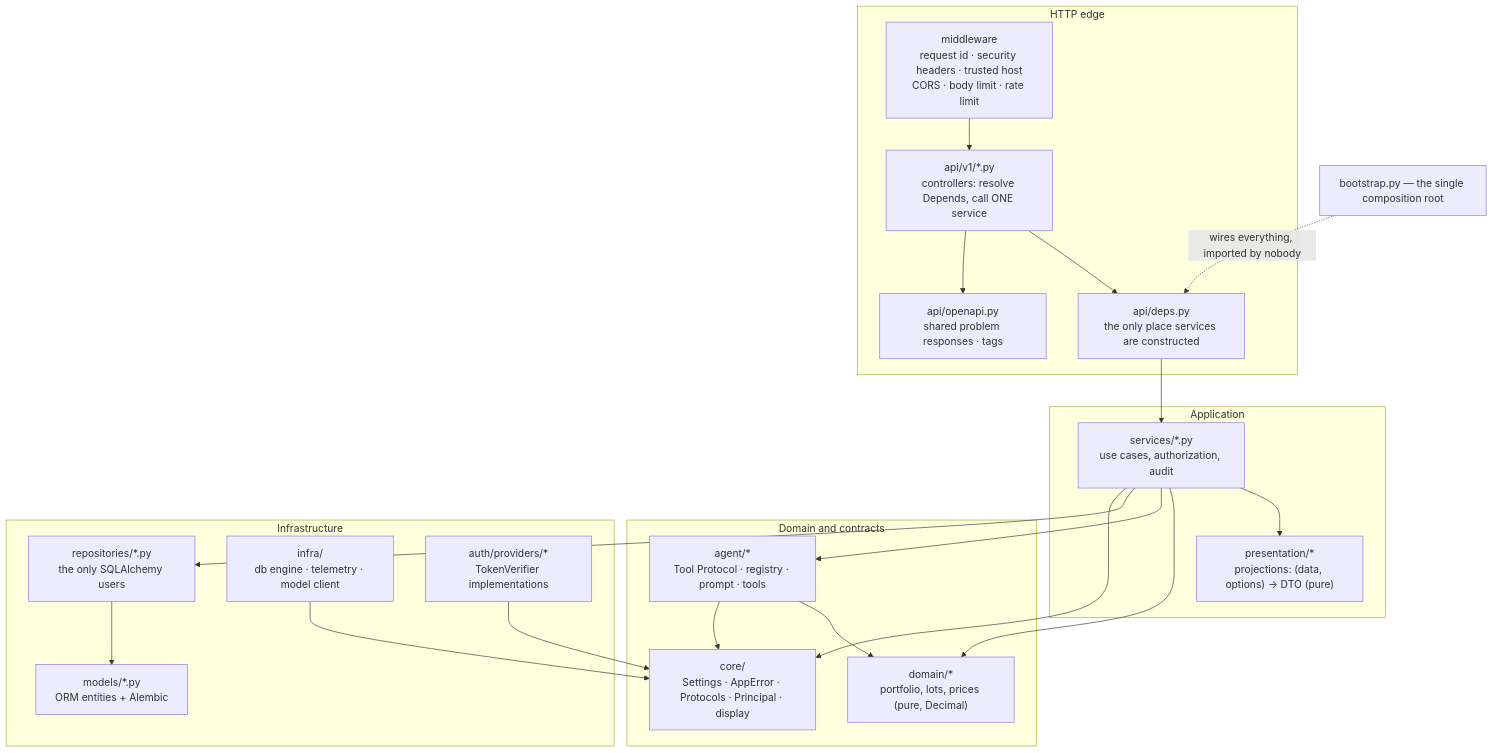
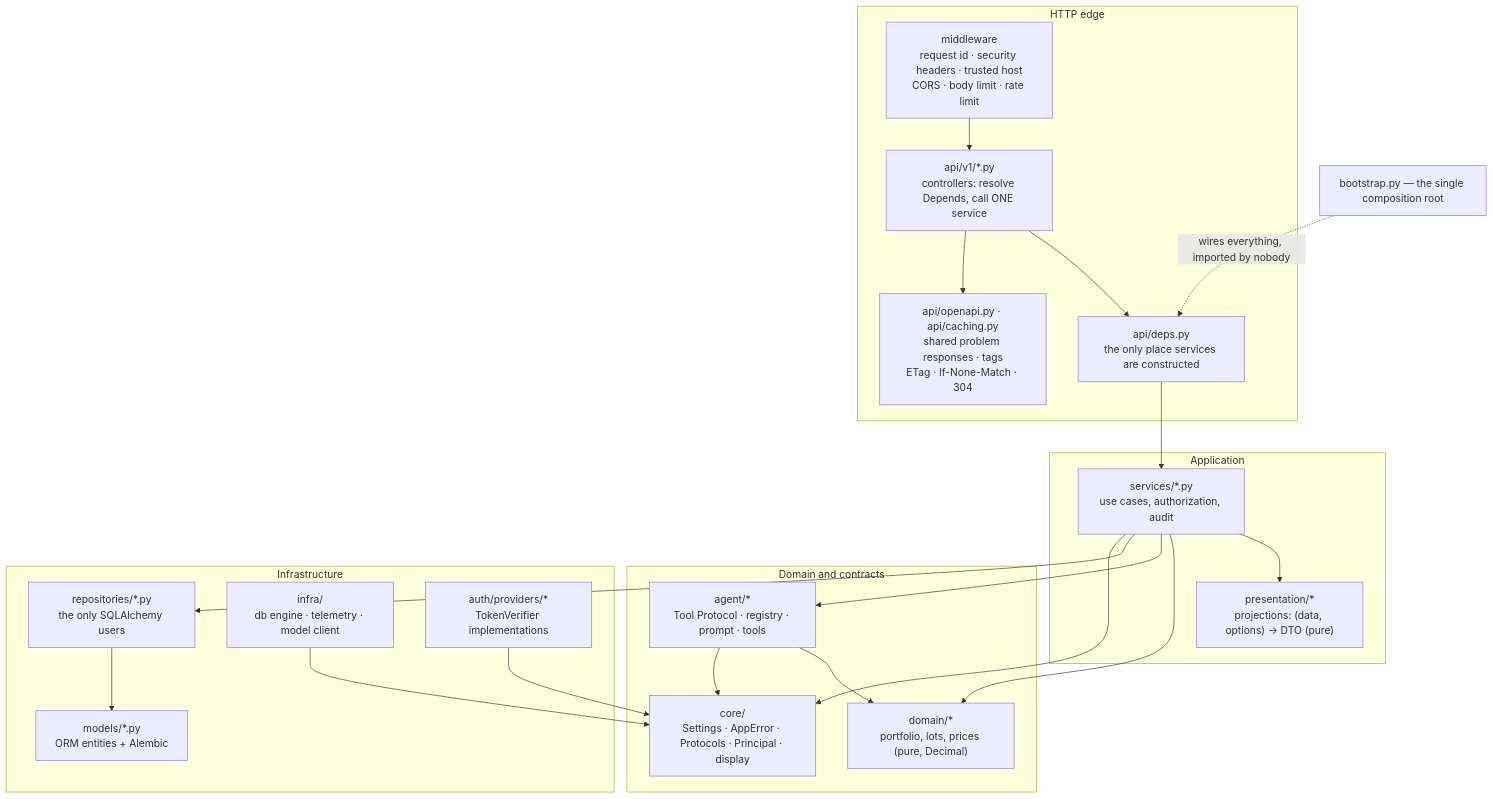
Before and after one commit to somnio-projects/finance-google-a2ui: the diagram in docs/diagrams/03-backend-layers.md, drawn with Mermaid. The commit also changed 48 other files, not shown here.

````diff
--- a/docs/diagrams/03-backend-layers.md
+++ b/docs/diagrams/03-backend-layers.md
@@ -5,43 +5,43 @@
 ```mermaid
 flowchart TB
     subgraph http["HTTP edge"]
         mw["middleware<br/>request id · security headers · trusted host<br/>CORS · body limit · rate limit"]
         ctl["api/v1/*.py<br/>controllers: resolve Depends, call ONE service"]
         deps["api/deps.py<br/>the only place services are constructed"]
-        oapi["api/openapi.py<br/>shared problem responses · tags"]
+        oapi["api/openapi.py · api/caching.py<br/>shared problem responses · tags<br/>ETag · If-None-Match · 304"]
     end
     subgraph app["Application"]
         svc["services/*.py<br/>use cases, authorization, audit"]
         pres["presentation/*<br/>projections: (data, options) → DTO (pure)"]
     end
     subgraph core["Domain and contracts"]
         dom["domain/*<br/>portfolio, lots, prices (pure, Decimal)"]
         agt["agent/*<br/>Tool Protocol · registry · prompt · tools"]
         cor["core/<br/>Settings · AppError · Protocols · Principal · display"]
     end
     subgraph infra["Infrastructure"]
         repo["repositories/*.py<br/>the only SQLAlchemy users"]
         mdl["models/*.py<br/>ORM entities + Alembic"]
         adp["infra/<br/>db engine · telemetry · model client"]
         auth["auth/providers/*<br/>TokenVerifier implementations"]
     end
     boot["bootstrap.py — the single composition root"]
 
     mw --> ctl --> deps
     ctl --> oapi
     deps --> svc
     svc --> pres
     svc --> dom
     svc --> agt --> dom
     svc --> repo --> mdl
     svc --> cor
     agt --> cor
     adp --> cor
     auth --> cor
     boot -.->|"wires everything, imported by nobody"| deps
 
     %% Forbidden and checked in review: services importing FastAPI/SQLAlchemy,
     %% controllers importing repositories, presenters doing I/O.
     %% agent/ is an inner layer beside domain/: core + domain only, nothing
     %% outward — asserted over the parsed source by the boundary tests.
 ```
````
